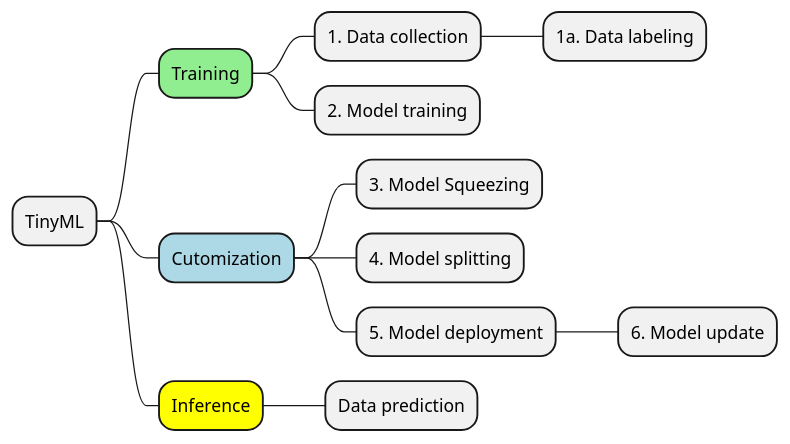
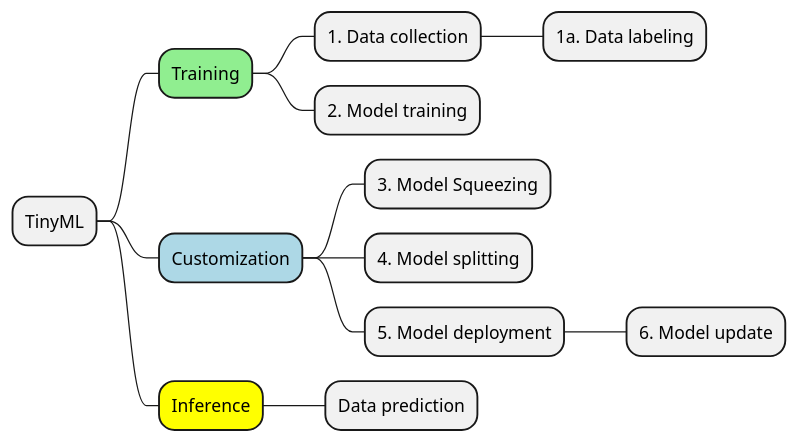
The diagram in tinyml_phases.puml (Origami-Cloudless-AI/software-engineering-project), drawn with PlantUML before and after one commit.

Commit message:
fix type in mindmap

```diff
--- a/tinyml_phases.puml
+++ b/tinyml_phases.puml
@@ -1,14 +1,14 @@
 @startmindmap
 * TinyML
 **[#lightgreen] Training
 *** 1. Data collection
 **** 1a. Data labeling
 *** 2. Model training
-**[#lightblue] Cutomization
+**[#lightblue] Customization
 *** 3. Model Squeezing
 *** 4. Model splitting
 *** 5. Model deployment
 **** 6. Model update
 **[#yellow] Inference
 *** Data prediction
 @endmindmap
```
